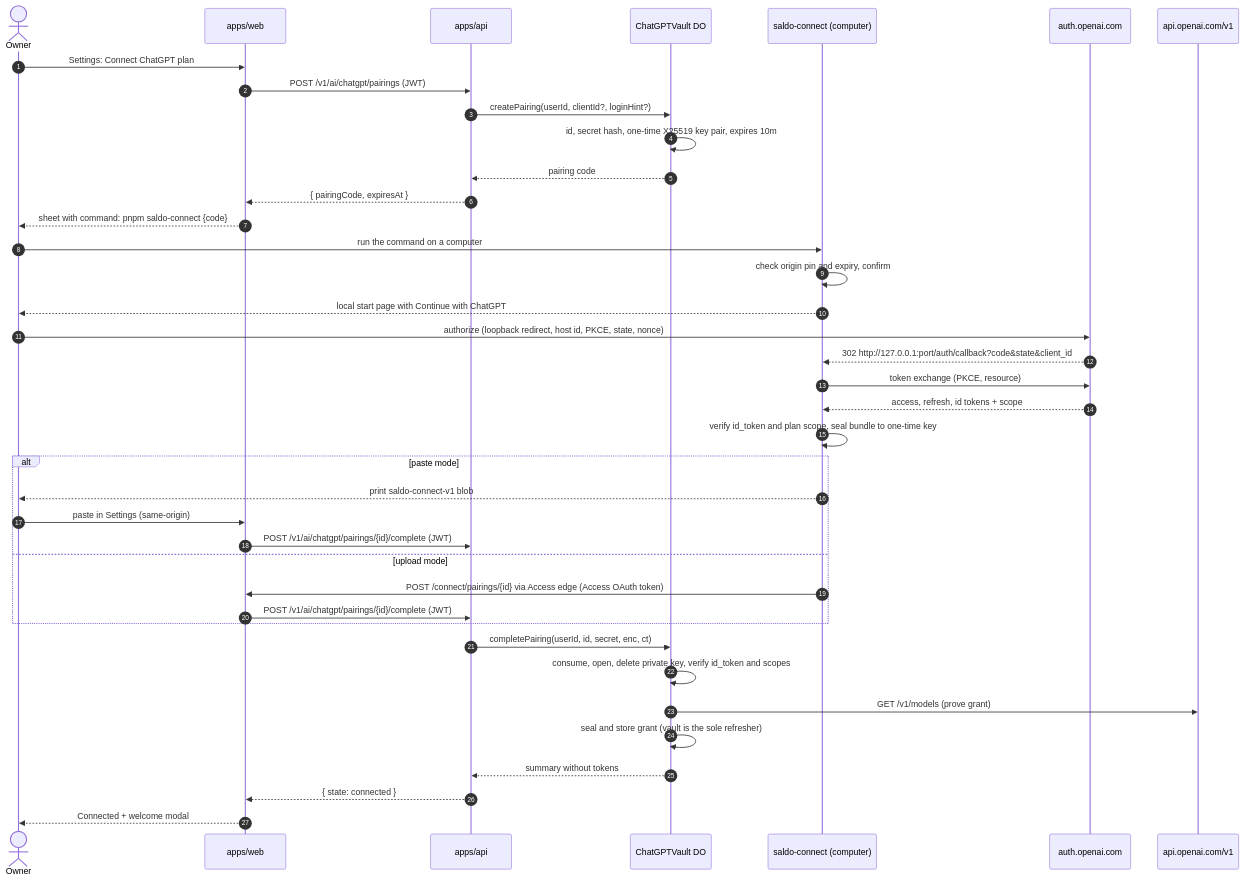
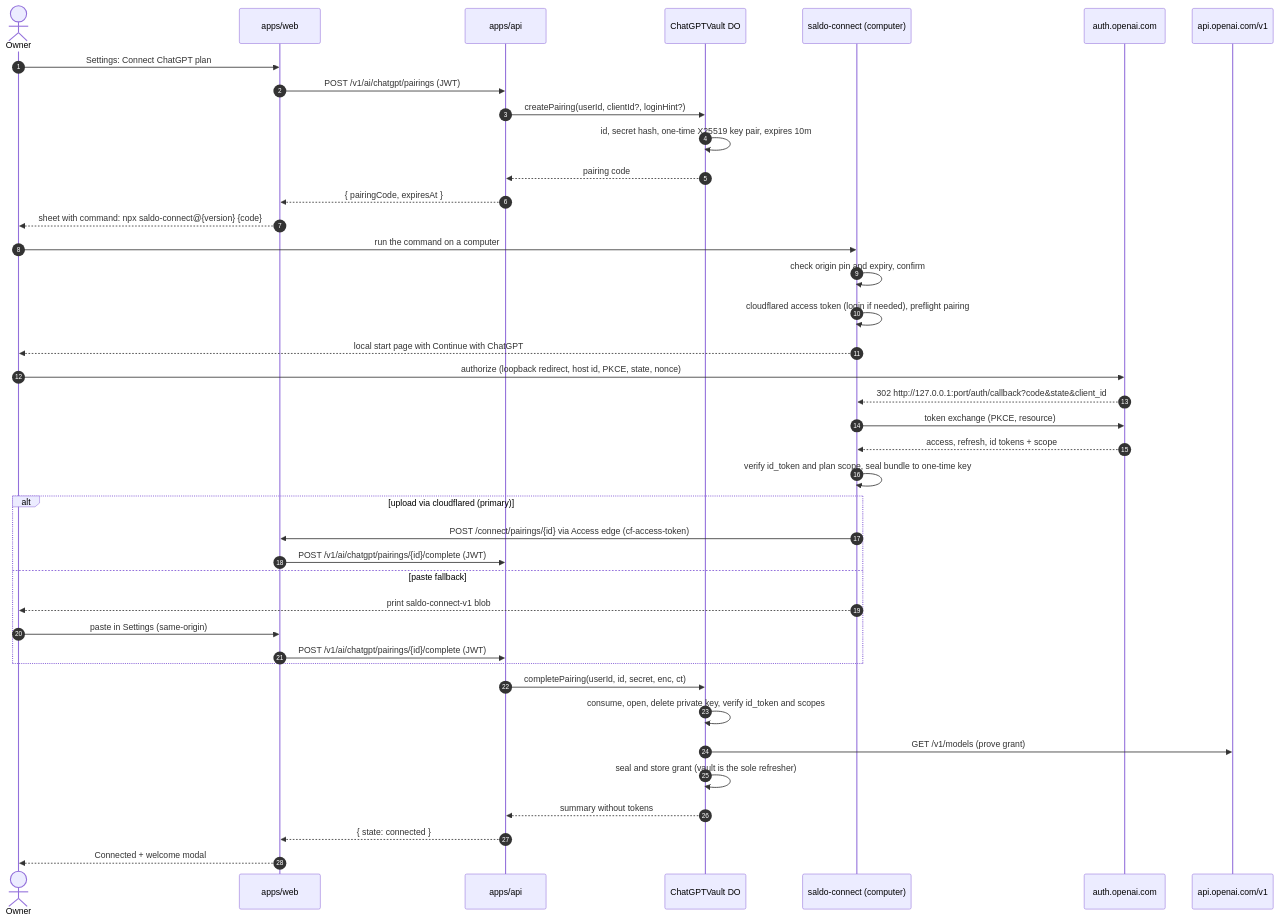
Before and after one commit to Reidond/saldo: the sixth of 6 diagrams in docs/plans/chatgpt-connect-and-login.md, drawn with Mermaid. The commit also changed other lines of this file and 1 other file, not shown here.

First line of the commit message:
Record keep-alive, npx and cloudflared decisions in the plan

````diff
--- a/docs/plans/chatgpt-connect-and-login.md
+++ b/docs/plans/chatgpt-connect-and-login.md
@@ -802,42 +812,43 @@
 ```mermaid
 sequenceDiagram
   autonumber
   actor O as Owner
   participant W as apps/web
   participant A as apps/api
   participant V as ChatGPTVault DO
   participant H as saldo-connect (computer)
   participant OA as auth.openai.com
   participant M as api.openai.com/v1
 
   O->>W: Settings: Connect ChatGPT plan
   W->>A: POST /v1/ai/chatgpt/pairings (JWT)
   A->>V: createPairing(userId, clientId?, loginHint?)
   V->>V: id, secret hash, one-time X25519 key pair, expires 10m
   V-->>A: pairing code
   A-->>W: { pairingCode, expiresAt }
-  W-->>O: sheet with command: pnpm saldo-connect {code}
+  W-->>O: sheet with command: npx saldo-connect@{version} {code}
   O->>H: run the command on a computer
   H->>H: check origin pin and expiry, confirm
+  H->>H: cloudflared access token (login if needed), preflight pairing
   H-->>O: local start page with Continue with ChatGPT
   O->>OA: authorize (loopback redirect, host id, PKCE, state, nonce)
   OA-->>H: 302 http://127.0.0.1:port/auth/callback?code&state&client_id
   H->>OA: token exchange (PKCE, resource)
   OA-->>H: access, refresh, id tokens + scope
   H->>H: verify id_token and plan scope, seal bundle to one-time key
-  alt paste mode
+  alt upload via cloudflared (primary)
+    H->>W: POST /connect/pairings/{id} via Access edge (cf-access-token)
+    W->>A: POST /v1/ai/chatgpt/pairings/{id}/complete (JWT)
+  else paste fallback
     H-->>O: print saldo-connect-v1 blob
     O->>W: paste in Settings (same-origin)
-    W->>A: POST /v1/ai/chatgpt/pairings/{id}/complete (JWT)
-  else upload mode
-    H->>W: POST /connect/pairings/{id} via Access edge (Access OAuth token)
     W->>A: POST /v1/ai/chatgpt/pairings/{id}/complete (JWT)
   end
   A->>V: completePairing(userId, id, secret, enc, ct)
   V->>V: consume, open, delete private key, verify id_token and scopes
   V->>M: GET /v1/models (prove grant)
   V->>V: seal and store grant (vault is the sole refresher)
   V-->>A: summary without tokens
   A-->>W: { state: connected }
   W-->>O: Connected + welcome modal
 ```
````
